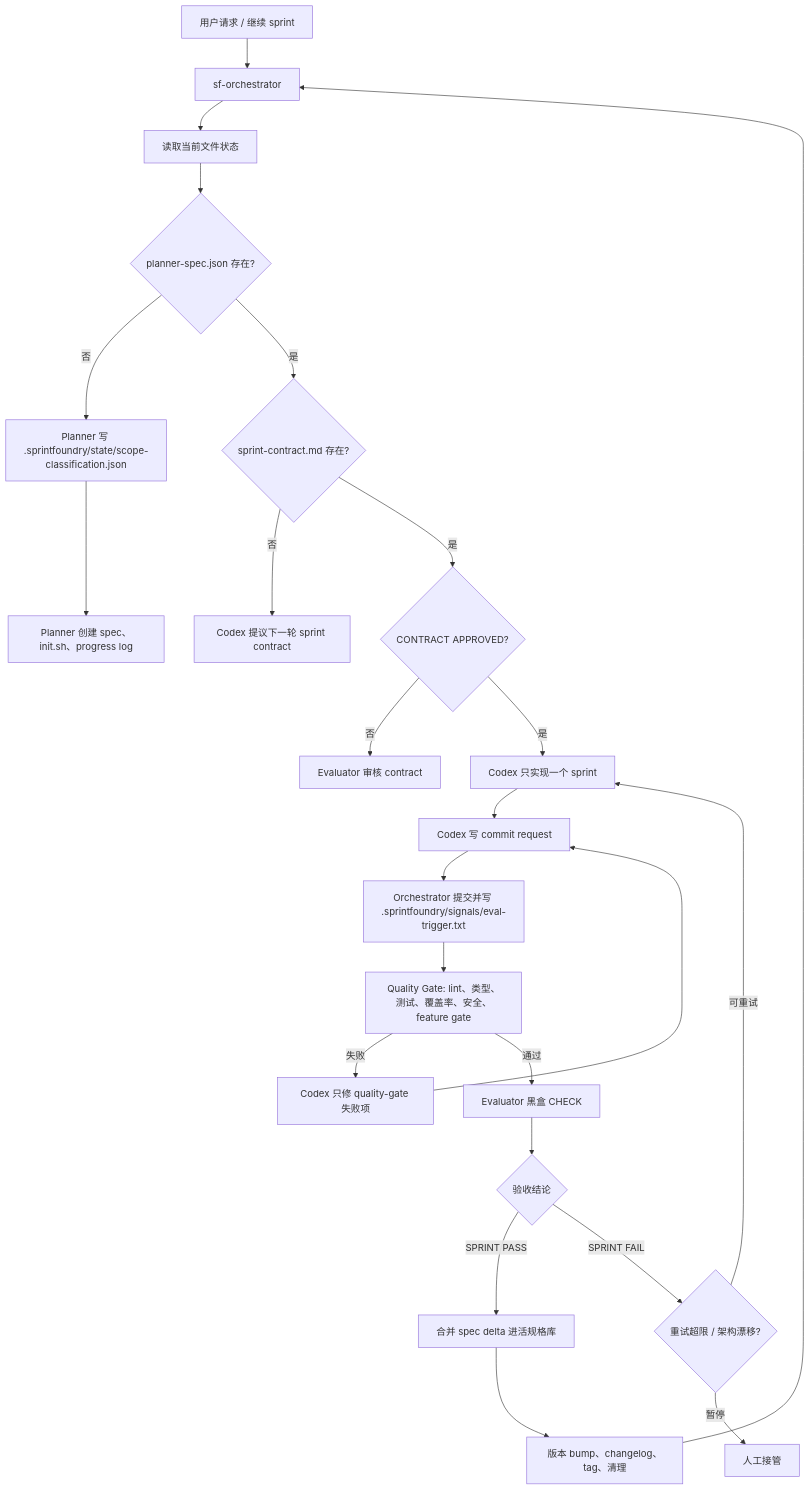
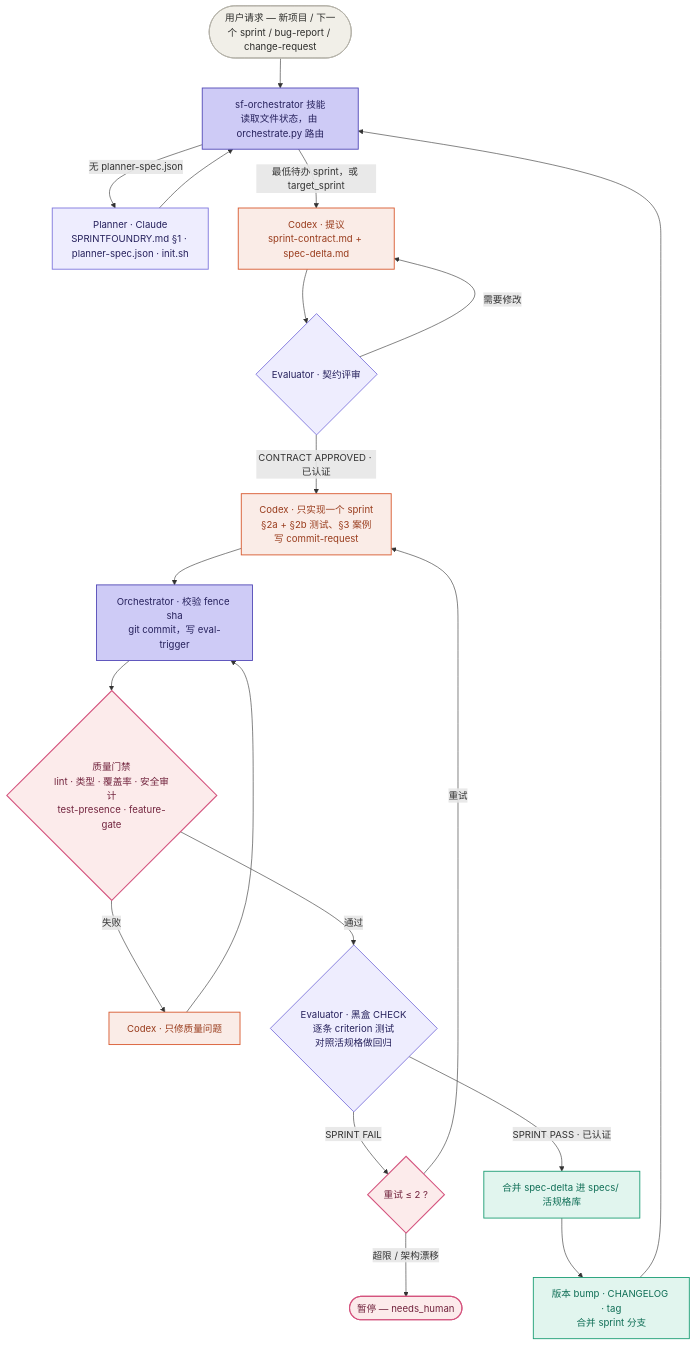
One commit to YuSec2021/SprintFoundry changed the diagram in README.zh-CN.md. Above: the diagram before and after it, drawn with Mermaid. The commit also changed other lines of this file and 1 other file, not shown here.

Commit message:
docs: refresh orchestration flow diagram

````diff
--- a/README.zh-CN.md
+++ b/README.zh-CN.md
@@ -81,26 +83,43 @@
 ```mermaid
 flowchart TD
-    A["用户请求 / 继续 sprint"] --> O["sf-orchestrator"]
-    O --> S["读取当前文件状态"]
-    S --> P{"planner-spec.json 存在?"}
-    P -- 否 --> SC["Planner 写 .sprintfoundry/state/scope-classification.json"]
-    SC --> PL["Planner 创建 spec、init.sh、progress log"]
-    P -- 是 --> C{"sprint-contract.md 存在?"}
-    C -- 否 --> NC["Codex 提议下一轮 sprint contract"]
-    C -- 是 --> A1{"CONTRACT APPROVED?"}
-    A1 -- 否 --> CR["Evaluator 审核 contract"]
-    A1 -- 是 --> G["Codex 只实现一个 sprint"]
-    G --> RQ["Codex 写 commit request"]
-    RQ --> T["Orchestrator 提交并写 .sprintfoundry/signals/eval-trigger.txt"]
-    T --> Q["Quality Gate: lint、类型、测试、覆盖率、安全、feature gate"]
-    Q -- 失败 --> QF["Codex 只修 quality-gate 失败项"]
-    QF --> RQ
-    Q -- 通过 --> E["Evaluator 黑盒 CHECK"]
-    E --> R{"验收结论"}
-    R -- "SPRINT PASS" --> M["合并 spec delta 进活规格库"]
-    M --> V["版本 bump、changelog、tag、清理"]
-    R -- "SPRINT FAIL" --> F{"重试超限 / 架构漂移?"}
-    F -- 可重试 --> G
-    F -- 暂停 --> H["人工接管"]
-    V --> O
+    U(["用户请求 — 新项目 / 下一个 sprint / bug-report / change-request"]) --> O
+
+    O["sf-orchestrator 技能<br/>读取文件状态，由 orchestrate.py 路由"]
+
+    O -->|无 planner-spec.json| PL["Planner · Claude<br/>SPRINTFOUNDRY.md §1 · planner-spec.json · init.sh"]
+    PL --> O
+
+    O -->|最低待办 sprint，或 target_sprint| PC["Codex · 提议<br/>sprint-contract.md + spec-delta.md"]
+    PC --> CR{"Evaluator · 契约评审"}
+    CR -->|需要修改| PC
+    CR -->|CONTRACT APPROVED · 已认证| IM
+
+    IM["Codex · 只实现一个 sprint<br/>§2a + §2b 测试、§3 案例<br/>写 commit-request"]
+    IM --> CM["Orchestrator · 校验 fence sha<br/>git commit，写 eval-trigger"]
+    CM --> QG{"质量门禁<br/>lint · 类型 · 覆盖率 · 安全审计<br/>test-presence · feature-gate"}
+    QG -->|失败| QR["Codex · 只修质量问题"]
+    QR --> CM
+    QG -->|通过| EV{"Evaluator · 黑盒 CHECK<br/>逐条 criterion 测试<br/>对照活规格做回归"}
+
+    EV -->|SPRINT FAIL| RT{"重试 ≤ 2 ?"}
+    RT -->|重试| IM
+    RT -->|超限 / 架构漂移| HP(["暂停 — needs_human"])
+
+    EV -->|SPRINT PASS · 已认证| MG["合并 spec-delta 进 specs/ 活规格库"]
+    MG --> VB["版本 bump · CHANGELOG · tag<br/>合并 sprint 分支"]
+    VB --> O
+
+    classDef claude fill:#EEEDFE,stroke:#7F77DD,stroke-width:1.5px,color:#26215C
+    classDef codex fill:#FAECE7,stroke:#D85A30,stroke-width:1.5px,color:#993C1D
+    classDef orch fill:#CECBF6,stroke:#534AB7,stroke-width:1.5px,color:#26215C
+    classDef gate fill:#FCEBEB,stroke:#D4537E,stroke-width:1.8px,color:#72243E
+    classDef good fill:#E1F5EE,stroke:#1D9E75,stroke-width:1.5px,color:#0F6E56
+    classDef neutral fill:#F1EFE8,stroke:#B4B2A9,stroke-width:1.4px,color:#2C2C2A
+
+    class U neutral
+    class O,CM orch
+    class PL,CR,EV claude
+    class PC,IM,QR codex
+    class QG,RT,HP gate
+    class MG,VB good
 ```
````
